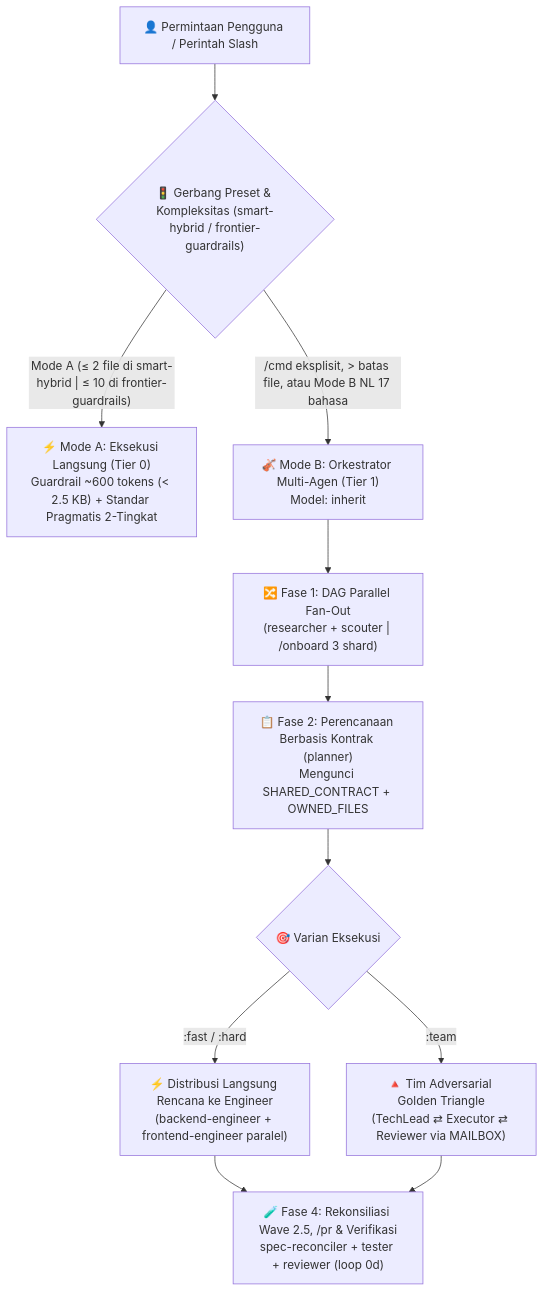
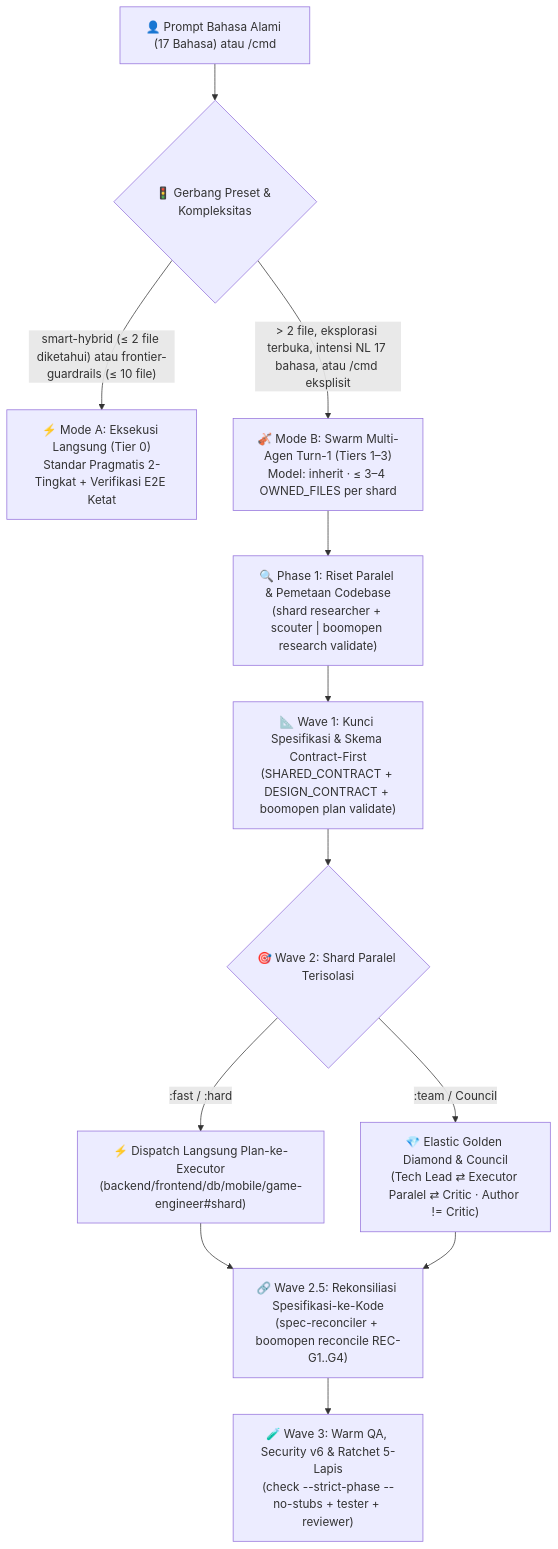
The diagram in i18n/README.id.md (Kennyboom/BoomOpen-Workflow-Kit-Pro), drawn with Mermaid before and after one commit. The commit also changed other lines of this file and 21 other files, not shown here.

````diff
--- a/i18n/README.id.md
+++ b/i18n/README.id.md
@@ -60,16 +94,17 @@
 ```mermaid
 flowchart TD
-    User["👤 Permintaan Pengguna / Perintah Slash"] --> Gate{"🚦 Gerbang Preset & Kompleksitas (smart-hybrid / frontier-guardrails)"}
-    Gate -->|"Mode A (≤ 2 file di smart-hybrid | ≤ 10 di frontier-guardrails)"| ModeA["⚡ Mode A: Eksekusi Langsung (Tier 0)<br/>Guardrail ~600 tokens (< 2.5 KB) + Standar Pragmatis 2-Tingkat"]
-    Gate -->|"/cmd eksplisit, > batas file, atau Mode B NL 17 bahasa"| ModeB["🎻 Mode B: Orkestrator Multi-Agen (Tier 1)<br/>Model: inherit"]
+    User["👤 Prompt Bahasa Alami (17 Bahasa) atau /cmd"] --> Gate{"🚦 Gerbang Preset & Kompleksitas"}
+    Gate -->|"smart-hybrid (≤ 2 file diketahui) atau frontier-guardrails (≤ 10 file)"| ModeA["⚡ Mode A: Eksekusi Langsung (Tier 0)<br/>Standar Pragmatis 2-Tingkat + Verifikasi E2E Ketat"]
+    Gate -->|"> 2 file, eksplorasi terbuka, intensi NL 17 bahasa, atau /cmd eksplisit"| ModeB["🎻 Mode B: Swarm Multi-Agen Turn-1 (Tiers 1–3)<br/>Model: inherit · ≤ 3–4 OWNED_FILES per shard"]
 
-    ModeB --> FanOut["🔀 Fase 1: DAG Parallel Fan-Out<br/>(researcher + scouter | /onboard 3 shard)"]
-    FanOut --> Plan["📋 Fase 2: Perencanaan Berbasis Kontrak (planner)<br/>Mengunci SHARED_CONTRACT + OWNED_FILES"]
-    Plan --> Dispatch{"🎯 Varian Eksekusi"}
+    ModeB --> Wave0["🔍 Phase 1: Riset Paralel & Pemetaan Codebase<br/>(shard researcher + scouter | boomopen research validate)"]
+    Wave0 --> Wave1["📐 Wave 1: Kunci Spesifikasi & Skema Contract-First<br/>(SHARED_CONTRACT + DESIGN_CONTRACT + boomopen plan validate)"]
+    Wave1 --> Wave2{"🎯 Wave 2: Shard Paralel Terisolasi"}
 
-    Dispatch -->|":fast / :hard"| Direct["⚡ Distribusi Langsung Rencana ke Engineer<br/>(backend-engineer + frontend-engineer paralel)"]
-    Dispatch -->|":team"| Triangle["🔺 Tim Adversarial Golden Triangle<br/>(TechLead ⇄ Executor ⇄ Reviewer via MAILBOX)"]
+    Wave2 -->|":fast / :hard"| Direct["⚡ Dispatch Langsung Plan-ke-Executor<br/>(backend/frontend/db/mobile/game-engineer#shard)"]
+    Wave2 -->|":team / Council"| Diamond["💎 Elastic Golden Diamond & Council<br/>(Tech Lead ⇄ Executor Paralel ⇄ Critic · Author != Critic)"]
 
-    Direct --> Verify["🧪 Fase 4: Rekonsiliasi Wave 2.5, /pr & Verifikasi<br/>spec-reconciler + tester + reviewer (loop 0d)"]
-    Triangle --> Verify
+    Direct --> Wave25["🔗 Wave 2.5: Rekonsiliasi Spesifikasi-ke-Kode<br/>(spec-reconciler + boomopen reconcile REC-G1..G4)"]
+    Diamond --> Wave25
+    Wave25 --> Wave3["🧪 Wave 3: Warm QA, Security v6 & Ratchet 5-Lapis<br/>(check --strict-phase --no-stubs + tester + reviewer)"]
 ```
````
